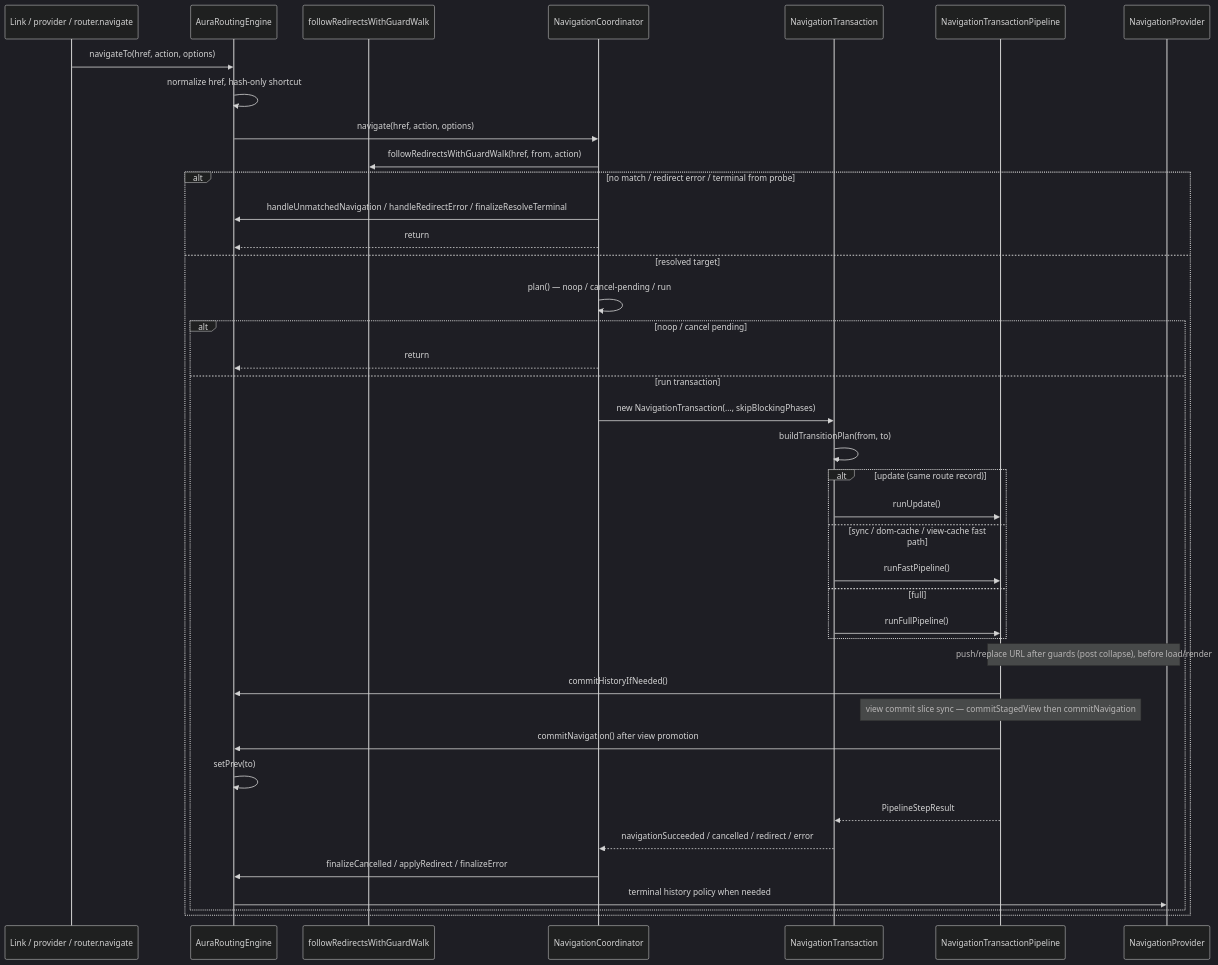
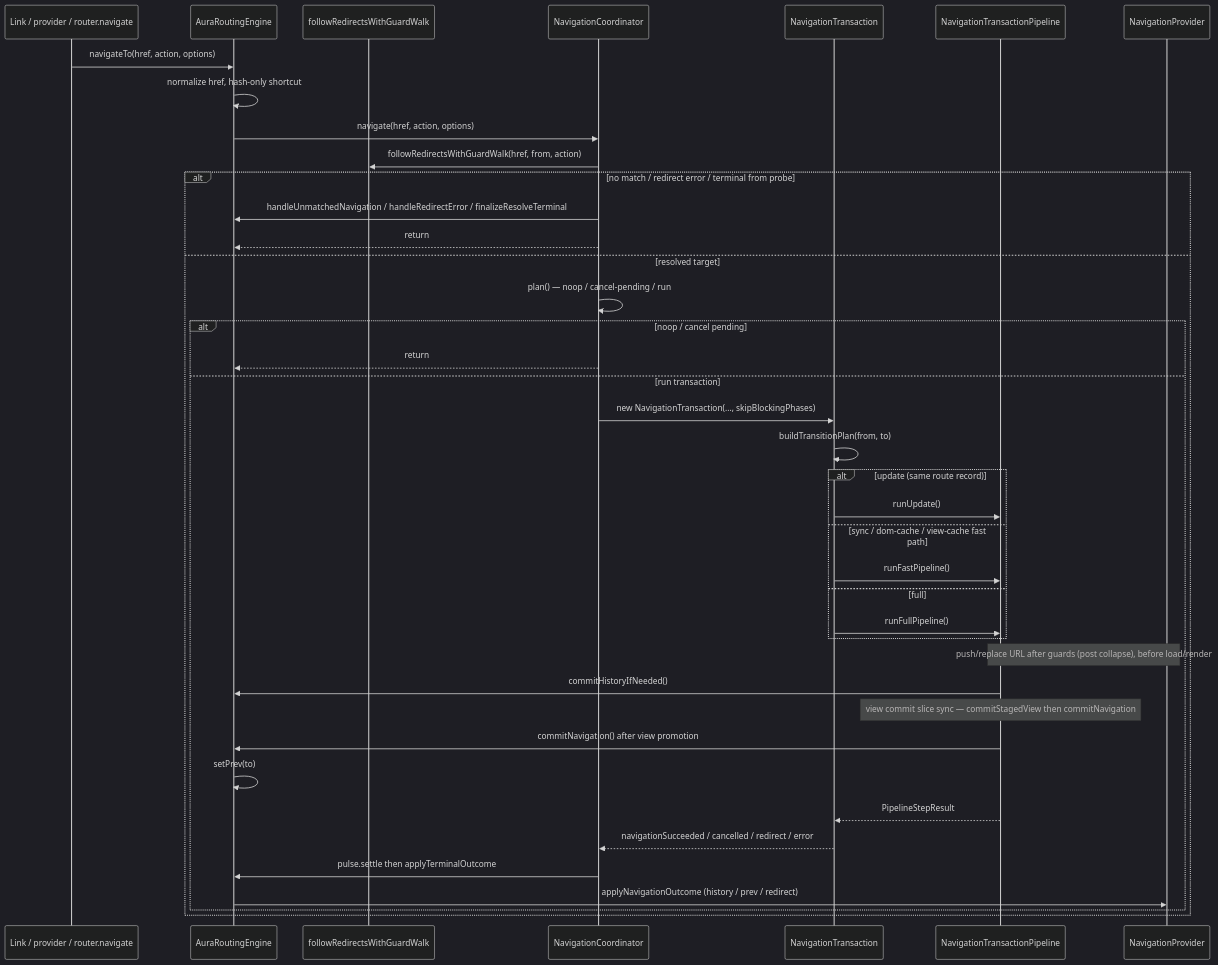
The diagram in src/modules/aura-routing-engine/core/ARCHITECTURE.md (aura-ui/router), drawn with Mermaid (dark theme) before and after one commit. The commit also changed other lines of this file and 15 other files, not shown here.

````diff
--- a/src/modules/aura-routing-engine/core/ARCHITECTURE.md
+++ b/src/modules/aura-routing-engine/core/ARCHITECTURE.md
@@ -32,43 +32,43 @@
 ```mermaid
 sequenceDiagram
   participant Source as Link / provider / router.navigate
   participant Engine as AuraRoutingEngine
   participant Redirect as followRedirectsWithGuardWalk
   participant Coord as NavigationCoordinator
   participant Tx as NavigationTransaction
   participant Pipeline as NavigationTransactionPipeline
   participant History as NavigationProvider
 
   Source->>Engine: navigateTo(href, action, options)
   Engine->>Engine: normalize href, hash-only shortcut
   Engine->>Coord: navigate(href, action, options)
   Coord->>Redirect: followRedirectsWithGuardWalk(href, from, action)
   alt no match / redirect error / terminal from probe
     Coord->>Engine: handleUnmatchedNavigation / handleRedirectError / finalizeResolveTerminal
     Coord-->>Engine: return
   else resolved target
     Coord->>Coord: plan() — noop / cancel-pending / run
     alt noop / cancel pending
       Coord-->>Engine: return
     else run transaction
       Coord->>Tx: new NavigationTransaction(..., skipBlockingPhases)
       Tx->>Tx: buildTransitionPlan(from, to)
       alt update (same route record)
         Tx->>Pipeline: runUpdate()
       else sync / dom-cache / view-cache fast path
         Tx->>Pipeline: runFastPipeline()
       else full
         Tx->>Pipeline: runFullPipeline()
       end
       Note over Pipeline,History: push/replace URL after guards (post collapse), before load/render
       Pipeline->>Engine: commitHistoryIfNeeded()
       Note over Pipeline: view commit slice sync — commitStagedView then commitNavigation
       Pipeline->>Engine: commitNavigation() after view promotion
       Engine->>Engine: setPrev(to)
       Pipeline-->>Tx: PipelineStepResult
       Tx-->>Coord: navigationSucceeded / cancelled / redirect / error
-      Coord->>Engine: finalizeCancelled / applyRedirect / finalizeError
-      Engine->>History: terminal history policy when needed
+      Coord->>Engine: pulse.settle then applyTerminalOutcome
+      Engine->>History: applyNavigationOutcome (history / prev / redirect)
     end
   end
 ```
````
